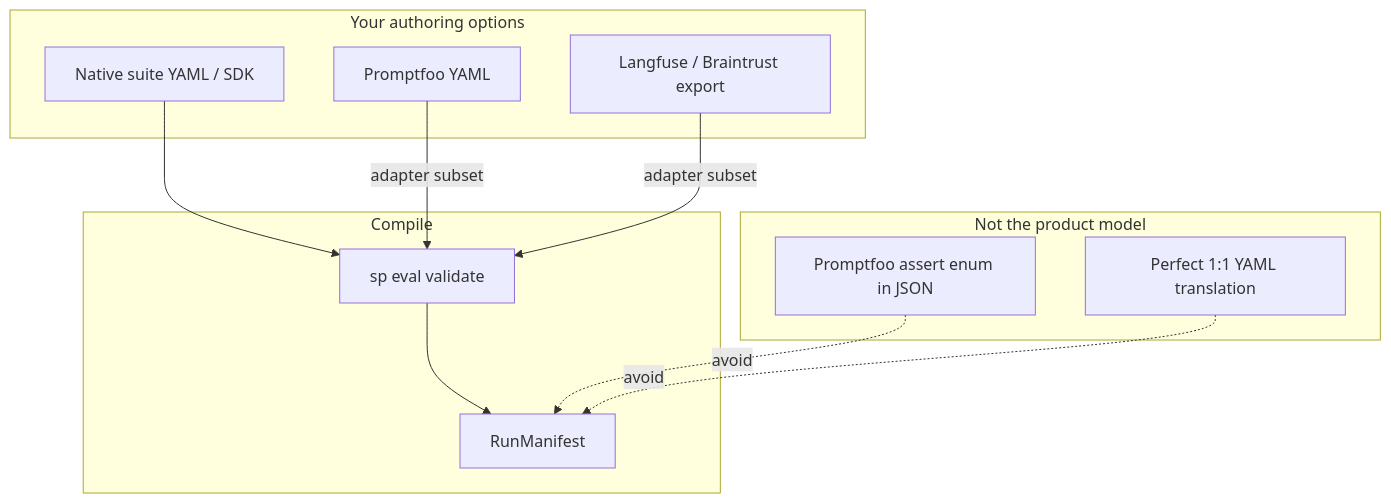
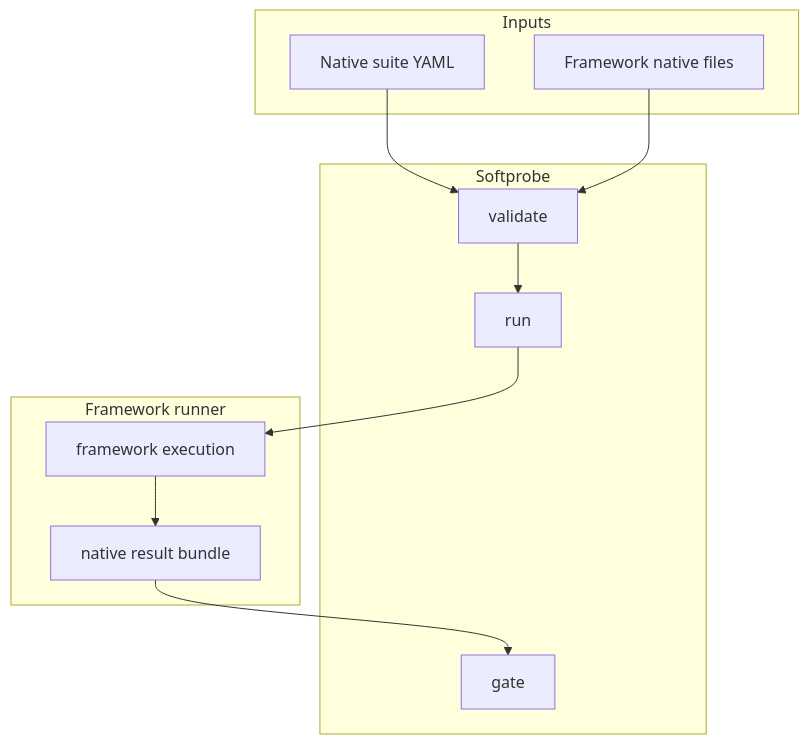
Before and after one commit to softprobe/document-website: the diagram in en/evaluation/reference/framework-adapters.md, drawn with Mermaid. The commit also changed other lines of this file and 3 other files, not shown here.

Commit message:
docs(evaluation): align to runner-first framework interoperability

````diff
--- a/en/evaluation/reference/framework-adapters.md
+++ b/en/evaluation/reference/framework-adapters.md
@@ -9,22 +11,20 @@
 ```mermaid
 flowchart TB
-  subgraph author [Your authoring options]
-    Native[Native suite YAML / SDK]
-    PF[Promptfoo YAML]
-    Other[Langfuse / Braintrust export]
+  subgraph inputs [Inputs]
+    Native[Native suite YAML]
+    FW[Framework native files]
   end
-  subgraph compile [Compile]
-    Val[sp eval validate]
-    RM[RunManifest]
+  subgraph sp [Softprobe]
+    Val[validate]
+    Run[run]
+    Gate[gate]
   end
-  subgraph never [Not the product model]
-    X[Promptfoo assert enum in JSON]
-    Y[Perfect 1:1 YAML translation]
+  subgraph fw [Framework runner]
+    Exec[framework execution]
+    Bundle[native result bundle]
   end
   Native --> Val
-  PF -->|adapter subset| Val
-  Other -->|adapter subset| Val
-  Val --> RM
-  X -.->|avoid| RM
-  Y -.->|avoid| RM
+  FW --> Val
+  Val --> Run
+  Run --> Exec --> Bundle --> Gate
 ```
````
